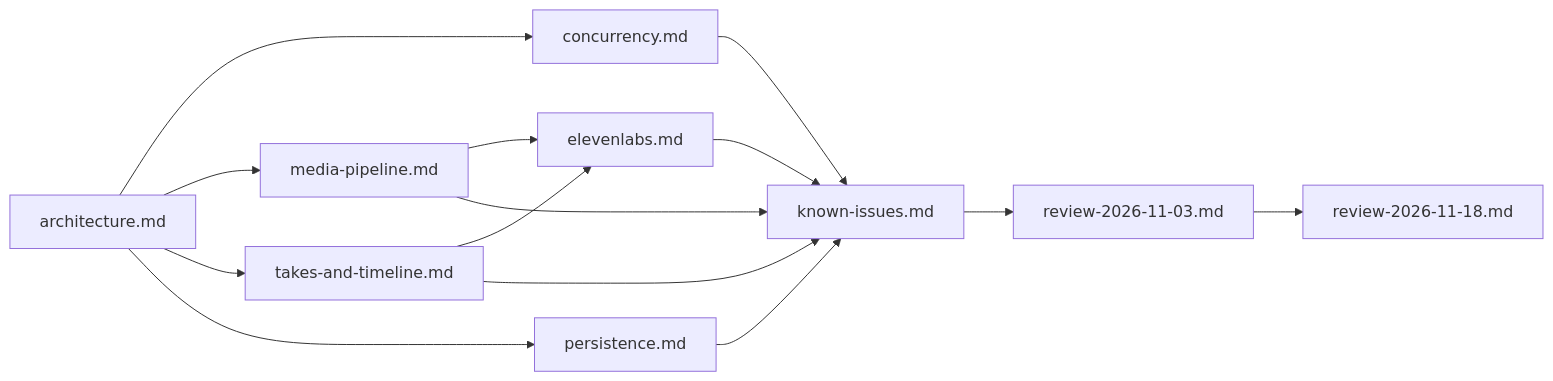
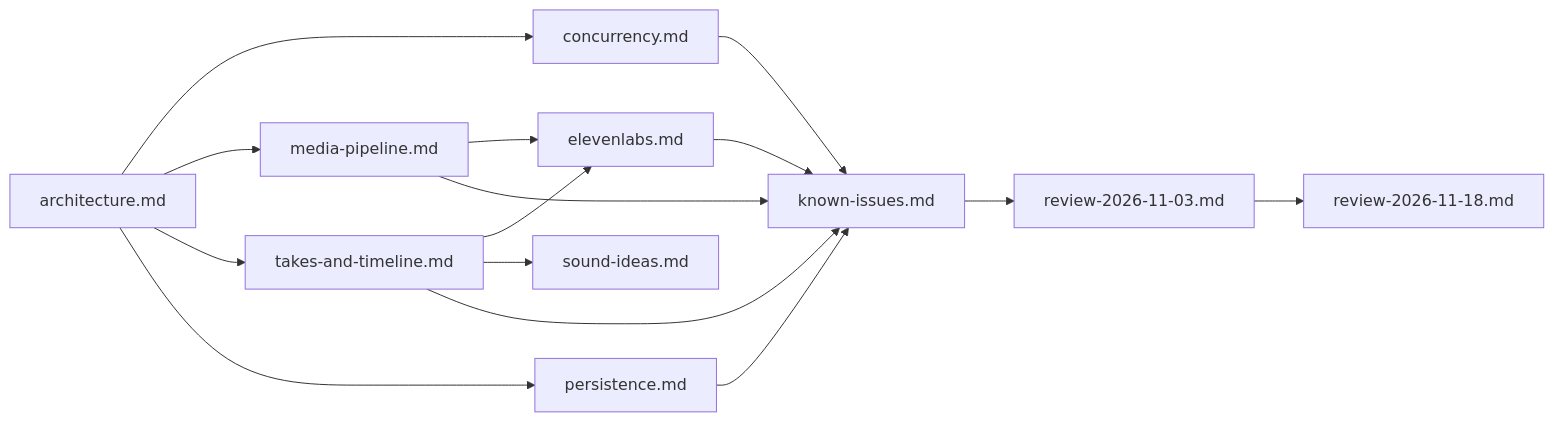
Before and after one commit to yvelkoa/VoiceoverStudio: the diagram in docs/README.md, drawn with Mermaid. The commit also changed other lines of this file and 21 other files, not shown here.

````diff
--- a/docs/README.md
+++ b/docs/README.md
@@ -8,11 +8,12 @@
 ```mermaid
 flowchart LR
     A[architecture.md] --> B[concurrency.md]
     A --> C[media-pipeline.md]
     A --> D[takes-and-timeline.md]
     A --> E[persistence.md]
     C --> F[elevenlabs.md]
     D --> F
+    D --> J[sound-ideas.md]
     B & C & D & E & F --> G[known-issues.md]
     G --> H[review-2026-11-03.md] --> I[review-2026-11-18.md]
 ```
````
